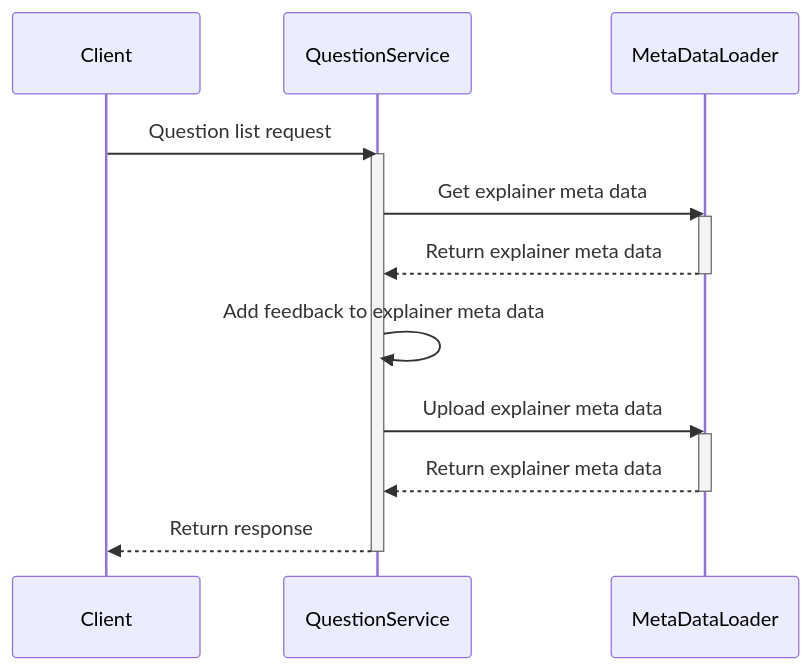
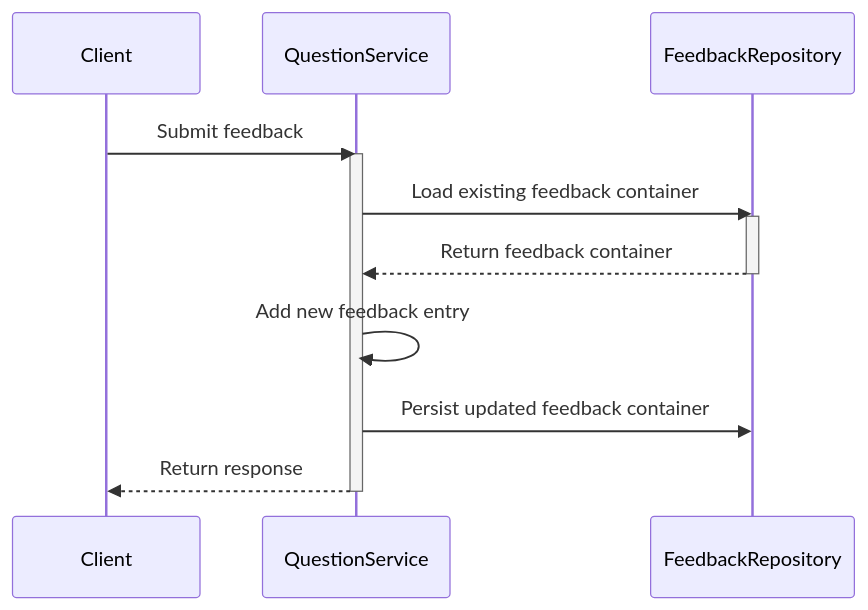
Before and after one commit to agridatavalue/ADV-ALMA-XAI: the fourth of 7 diagrams in README.md, drawn with Mermaid. The commit also changed other lines of this file, not shown here.

````diff
--- a/README.md
+++ b/README.md
@@ -160,20 +227,17 @@
 ```mermaid
 sequenceDiagram
     participant Client
     participant QuestionService
-    participant MetaDataLoader
+    participant FeedbackRepository
 
-    Client->>QuestionService: Question list request
+    Client->>QuestionService: Submit feedback
     activate QuestionService
-    QuestionService->>MetaDataLoader: Get explainer meta data
-    activate MetaDataLoader
-    MetaDataLoader-->>QuestionService: Return explainer meta data
-    deactivate MetaDataLoader
-    QuestionService->>QuestionService: Add feedback to explainer meta data
-    QuestionService->>MetaDataLoader: Upload explainer meta data
-    activate MetaDataLoader
-    MetaDataLoader-->>QuestionService: Return explainer meta data
-    deactivate MetaDataLoader
+    QuestionService->>FeedbackRepository: Load existing feedback container
+    activate FeedbackRepository
+    FeedbackRepository-->>QuestionService: Return feedback container
+    deactivate FeedbackRepository
+    QuestionService->>QuestionService: Add new feedback entry
+    QuestionService->>FeedbackRepository: Persist updated feedback container
     QuestionService-->>Client: Return response
     deactivate QuestionService
 ```
````
